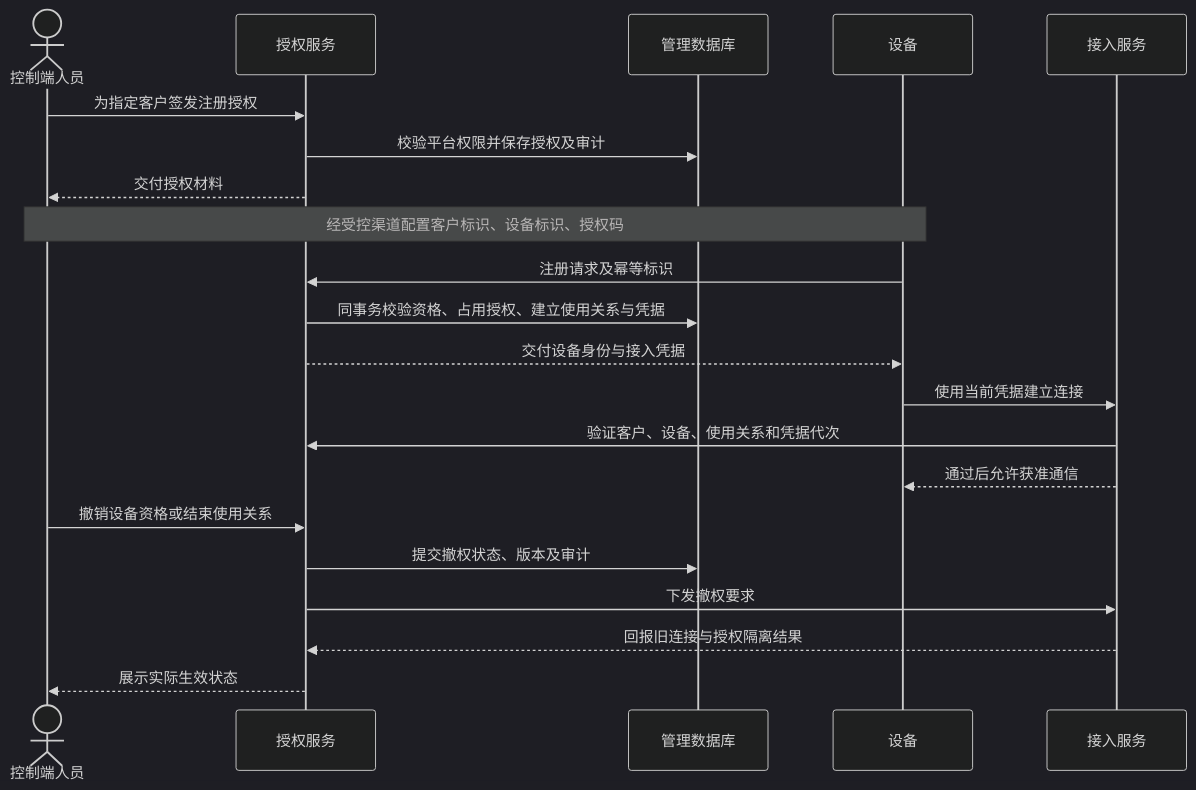
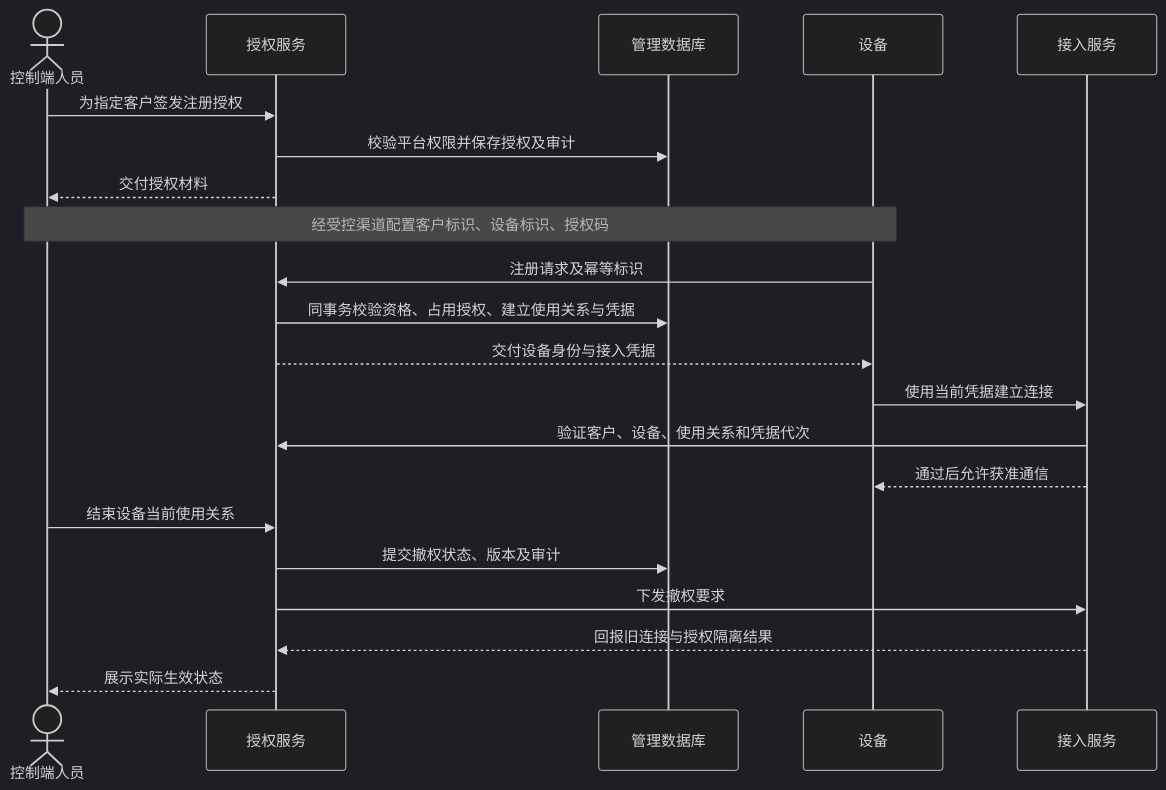
Before and after one commit to zoujingli/typeapp: the second of 3 diagrams in docs/development/iot-control-client-design.md, drawn with Mermaid (dark theme). The commit also changed other lines of this file and 30 other files, not shown here.

````diff
--- a/docs/development/iot-control-client-design.md
+++ b/docs/development/iot-control-client-design.md
@@ -108,23 +108,23 @@
 ```mermaid
 sequenceDiagram
   actor C as 控制端人员
   participant S as 授权服务
   participant DB as 管理数据库
   participant D as 设备
   participant B as 接入服务
   C->>S: 为指定客户签发注册授权
   S->>DB: 校验平台权限并保存授权及审计
   S-->>C: 交付授权材料
   Note over C,D: 经受控渠道配置客户标识、设备标识、授权码
   D->>S: 注册请求及幂等标识
   S->>DB: 同事务校验资格、占用授权、建立使用关系与凭据
   S-->>D: 交付设备身份与接入凭据
   D->>B: 使用当前凭据建立连接
   B->>S: 验证客户、设备、使用关系和凭据代次
   B-->>D: 通过后允许获准通信
-  C->>S: 撤销设备资格或结束使用关系
+  C->>S: 结束设备当前使用关系
   S->>DB: 提交撤权状态、版本及审计
   S->>B: 下发撤权要求
   B-->>S: 回报旧连接与授权隔离结果
   S-->>C: 展示实际生效状态
 ```
````
